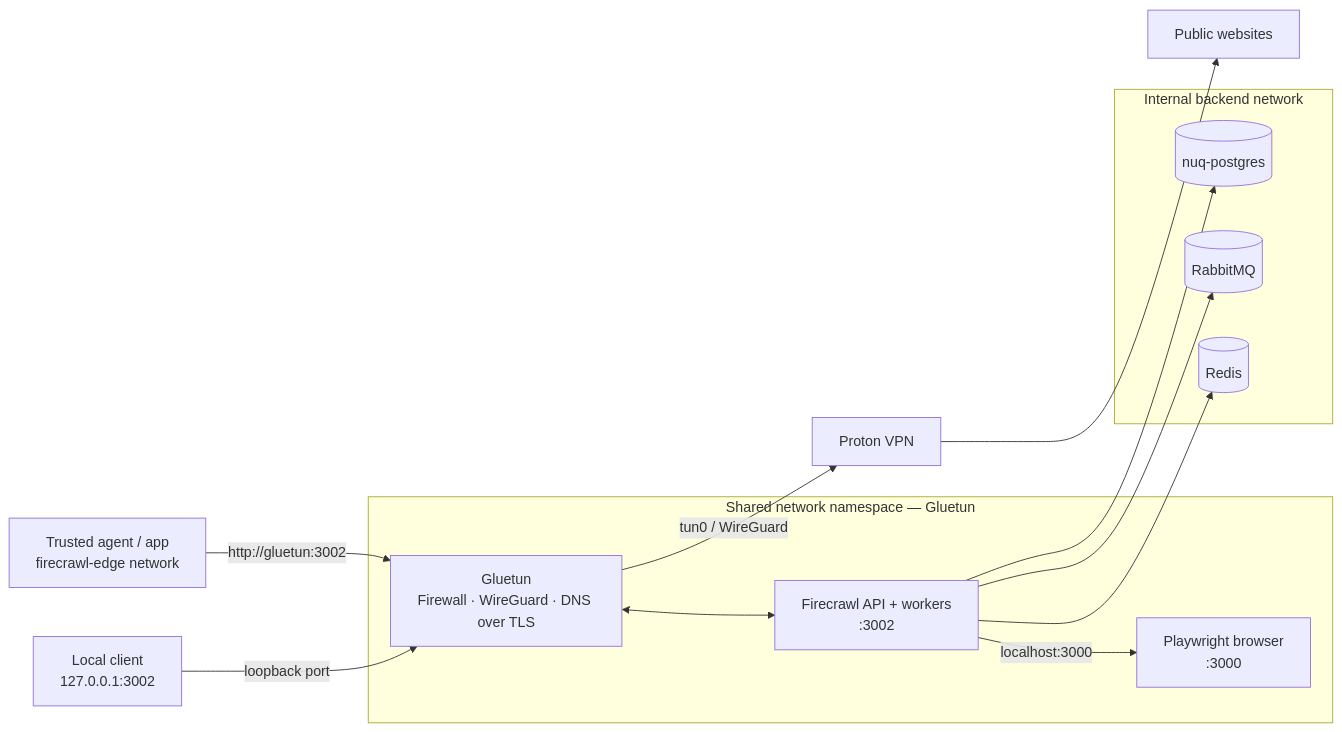
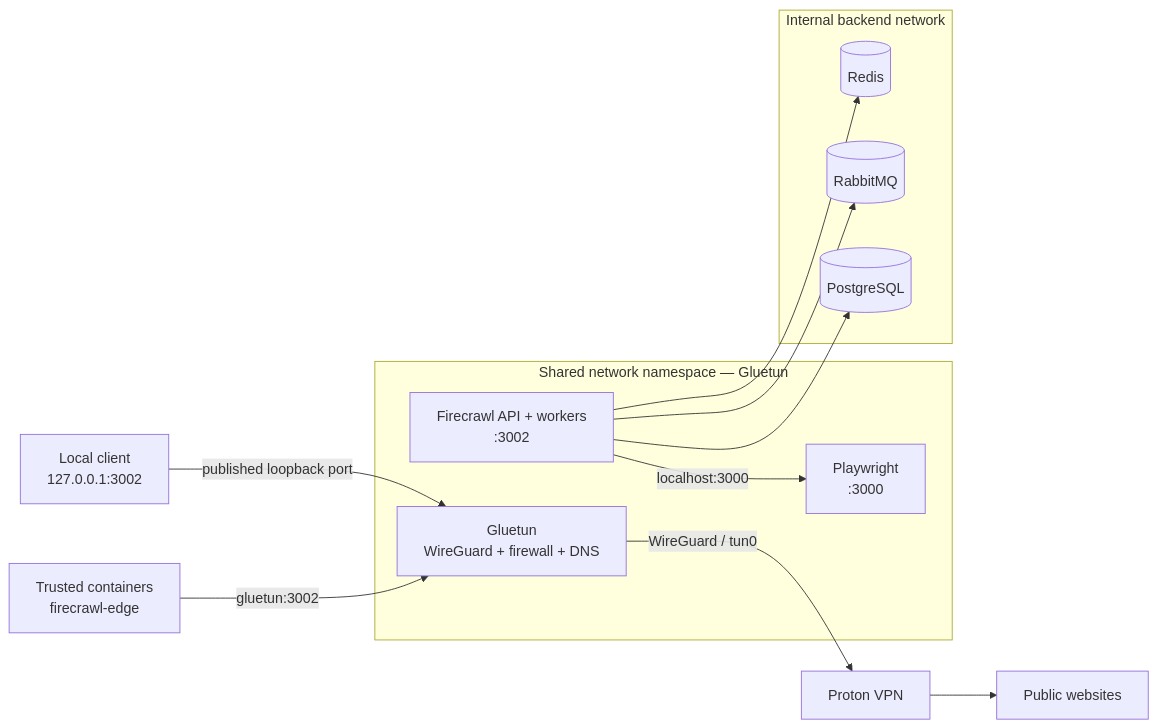
One commit to beto-zip/web-scraping-firecrawl-vpn changed the diagram in README.md. Above: the diagram before and after it, drawn with Mermaid. The commit also changed other lines of this file and 1 other file, not shown here.

````diff
--- a/README.md
+++ b/README.md
@@ -36,27 +38,26 @@
 ```mermaid
 flowchart LR
-    LOCAL["Local client<br/>127.0.0.1:3002"]
-    AGENT["Trusted agent / app<br/>firecrawl-edge network"]
+    HOST["Local client<br/>127.0.0.1:3002"]
+    AGENT["Trusted containers<br/>firecrawl-edge"]
 
-    subgraph NETNS["Shared network namespace — Gluetun"]
-        GL["Gluetun<br/>Firewall · WireGuard · DNS over TLS"]
-        API["Firecrawl API + workers<br/>:3002"]
-        PW["Playwright browser<br/>:3000"]
-        GL <--> API
-        API -->|"localhost:3000"| PW
+    subgraph SHARED["Shared network namespace — Gluetun"]
+        GL["Gluetun<br/>WireGuard + firewall + DNS"]
+        FC["Firecrawl API + workers<br/>:3002"]
+        PW["Playwright<br/>:3000"]
+        FC -->|"localhost:3000"| PW
     end
 
-    subgraph BACKEND["Internal backend network"]
+    subgraph PRIVATE["Internal backend network"]
         REDIS[("Redis")]
-        MQ[("RabbitMQ")]
-        DB[("nuq-postgres")]
+        QUEUE[("RabbitMQ")]
+        PG[("PostgreSQL")]
     end
 
-    LOCAL -->|"loopback port"| GL
-    AGENT -->|"http://gluetun:3002"| GL
-    API --> REDIS
-    API --> MQ
-    API --> DB
-    GL -->|"tun0 / WireGuard"| PROTON["Proton VPN"]
-    PROTON --> WEB["Public websites"]
+    HOST -->|"published loopback port"| GL
+    AGENT -->|"gluetun:3002"| GL
+    FC --> REDIS
+    FC --> QUEUE
+    FC --> PG
+    GL -->|"WireGuard / tun0"| VPN["Proton VPN"]
+    VPN --> WEB["Public websites"]
 ```
````
